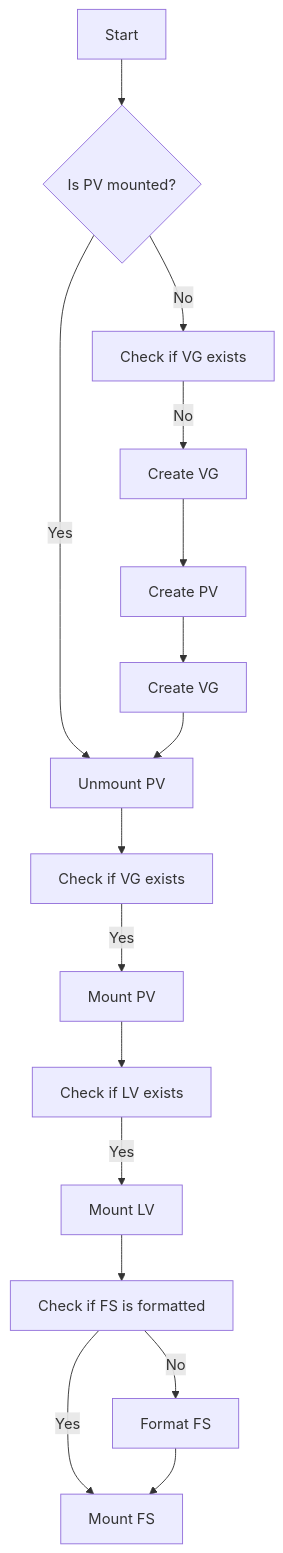
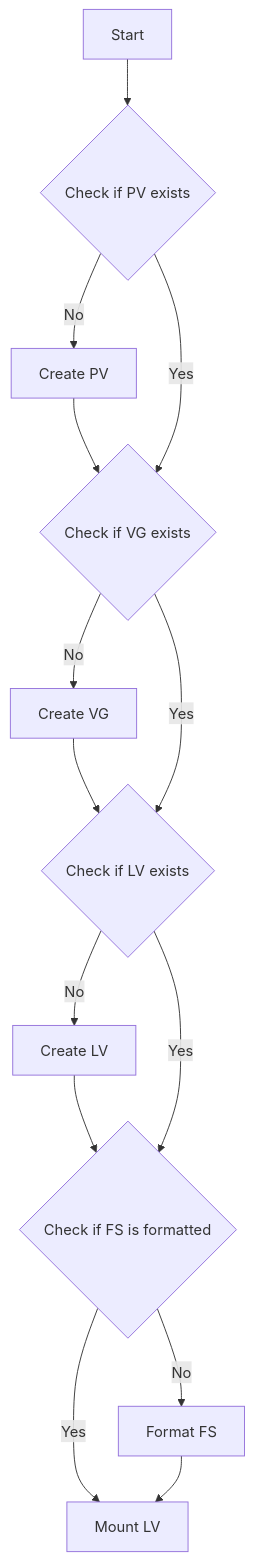
One commit to emmahone/LVM-Operator-overview changed the first of 2 diagrams in mount_unmount_flowchart.md. Above: the diagram before and after it, drawn with Mermaid. The commit also changed other lines of this file, not shown here.

Commit message:
Update flows

````diff
--- a/mount_unmount_flowchart.md
+++ b/mount_unmount_flowchart.md
@@ -2,18 +2,16 @@
 ```mermaid
 graph TD
-  A[Start] --> B{Is PV mounted?}
-  B --> |Yes| C[Unmount PV]
-  C --> D[Check if VG exists]
-  D --> |Yes| E[Mount PV]
-  E --> F[Check if LV exists]
-  F --> |Yes| G[Mount LV]
-  G --> H[Check if FS is formatted]
+  A[Start] --> B{Check if PV exists}
+  B --> |No| K[Create PV]
+  K --> D{Check if VG exists}
+  B --> |Yes| D{Check if VG exists}
+  D --> |No| L[Create VG]
+  L --> F{Check if LV exists}
+  D --> |Yes| F{Check if LV exists}
+  F --> |No| N[Create LV]
+  N --> H{Check if FS is formatted}
+  F --> |Yes| H{Check if FS is formatted}
   H --> |No| I[Format FS]
-  H --> |Yes| J[Mount FS]
-  B --> |No| K[Check if VG exists]
-  K --> |No| L[Create VG]
-  L --> M[Create PV]
-  M --> N[Create VG]
-  N --> C
+  H --> |Yes| J[Mount LV]
   I --> J
-  ```
+```
````
